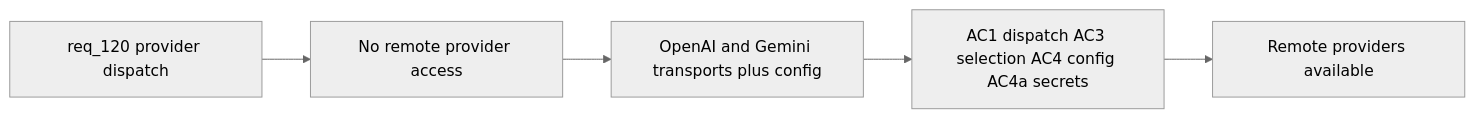
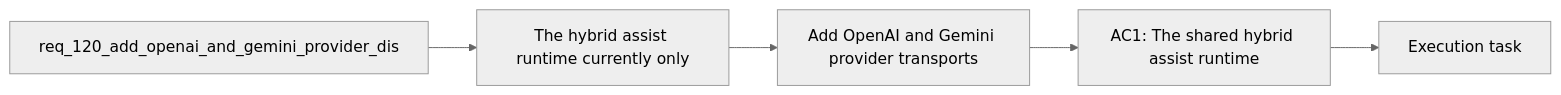
Before and after one commit to AlexAgo83/logics-manager: the diagram in logics/backlog/item_214_add_openai_and_gemini_provider_transports_with_config_and_credential_handling.md, drawn with Mermaid (neutral theme). The commit also changed 481 other files, not shown here.

````diff
--- a/logics/backlog/item_214_add_openai_and_gemini_provider_transports_with_config_and_credential_handling.md
+++ b/logics/backlog/item_214_add_openai_and_gemini_provider_transports_with_config_and_credential_handling.md
@@ -21,9 +21,9 @@
 ```mermaid
 %% logics-kind: backlog
 %% logics-signature: backlog|add-openai-and-gemini-provider-transport|req-120-add-openai-and-gemini-provider-d|the-hybrid-assist-runtime-currently-only|ac1-the-shared-hybrid-assist-runtime
 flowchart LR
-    Request[req_120 provider dispatch] --> Problem[No remote provider access]
-    Problem --> Scope[OpenAI and Gemini transports plus config]
-    Scope --> AC[AC1 dispatch AC3 selection AC4 config AC4a secrets]
-    AC --> Remote[Remote providers available]
+    Request[req_120_add_openai_and_gemini_provider_dis] --> Problem[The hybrid assist runtime currently only]
+    Problem --> Scope[Add OpenAI and Gemini provider transports]
+    Scope --> Acceptance[AC1: The shared hybrid assist runtime]
+    Acceptance --> Tasks[Execution task]
 ```
````
